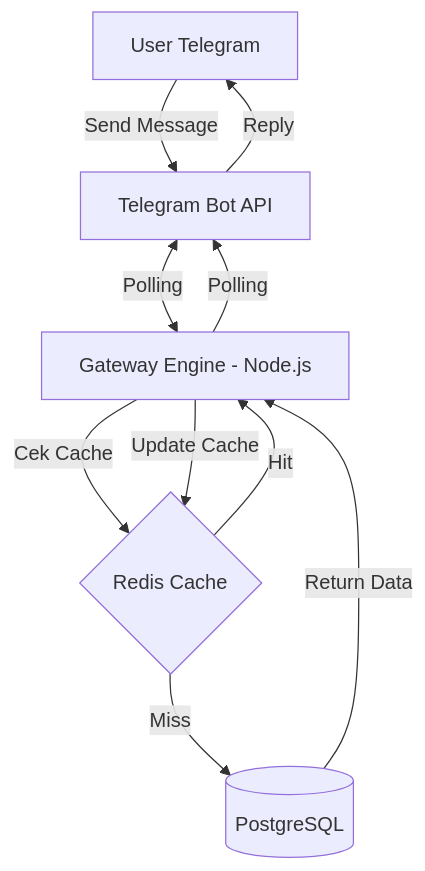
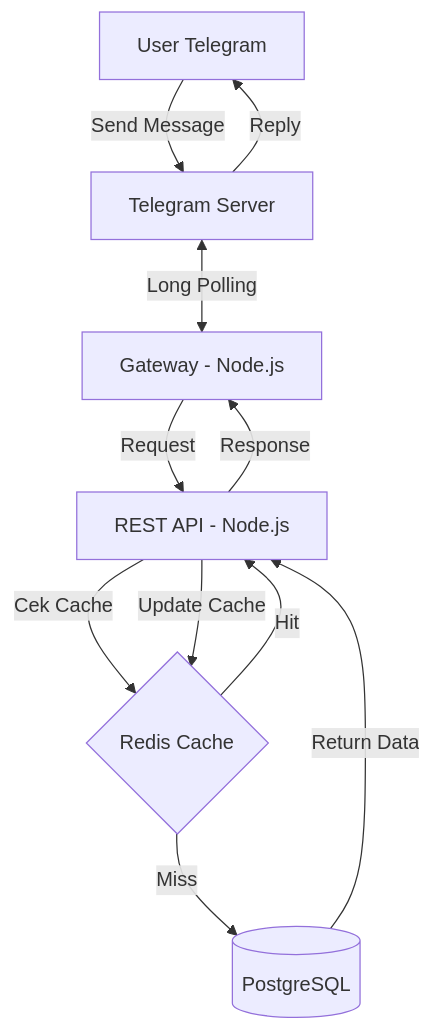
One commit to redomeire/transaction-telegram-chatbot changed the diagram in README.md. Above: the diagram before and after it, drawn with Mermaid. The commit also changed other lines of this file and 1 other file, not shown here.

Commit message:
fix: adjust system architecture

````diff
--- a/README.md
+++ b/README.md
@@ -36,14 +40,15 @@
 ```mermaid
 graph TD
-    User[User Telegram] -->|Send Message| TG[Telegram Bot API]
-    TG <-->|Polling| Gateway[Gateway Engine - Node.js]
-    Gateway -->|Cek Cache| Redis{Redis Cache}
+    User[User Telegram] -->|Send Message| TG[Telegram Server]
+    TG <-->|Long Polling| Gateway[Gateway - Node.js]
+    Gateway -->|Request| API[REST API - Node.js]
+    API --> |Response| Gateway
+    API -->|Cek Cache| Redis{Redis Cache}
   
-    Redis -->|Hit| Gateway
+    Redis -->|Hit| API
     Redis -->|Miss| DB[(PostgreSQL)]
   
-    DB -->|Return Data| Gateway
-    Gateway -->|Update Cache| Redis
-    Gateway -->|Polling| TG
+    DB -->|Return Data| API
+    API -->|Update Cache| Redis
     TG -->|Reply| User
 ```
````
